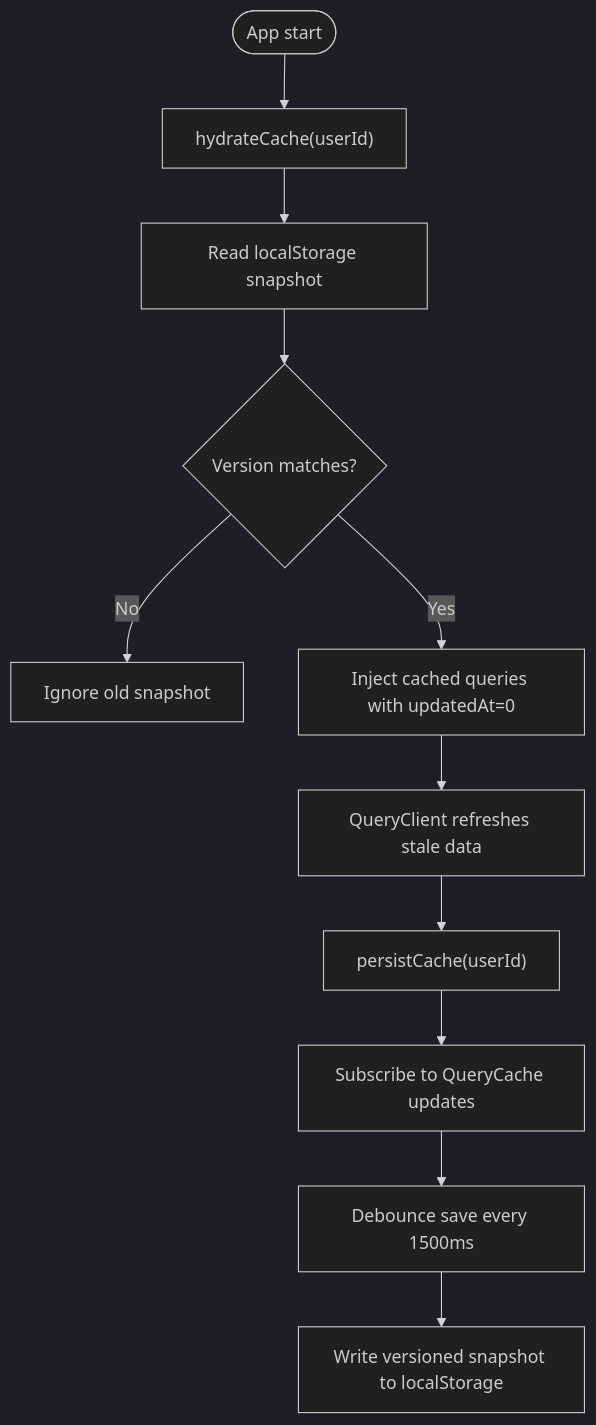
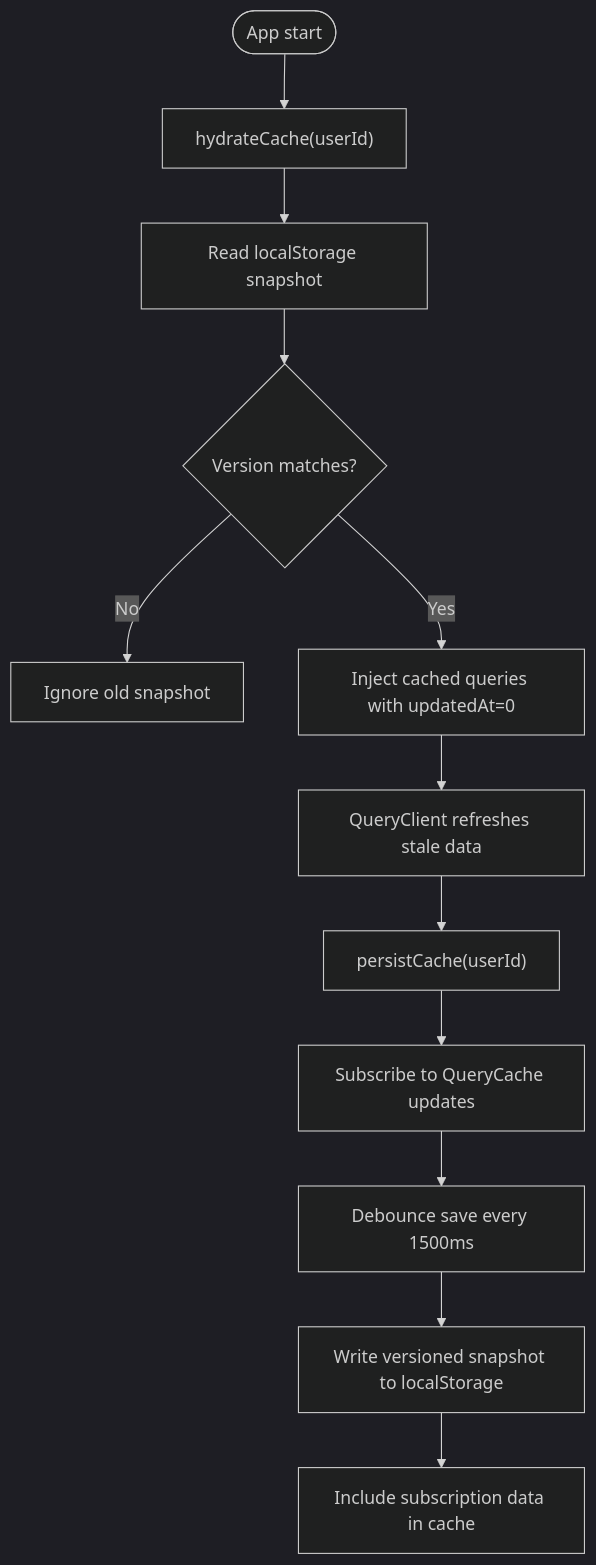
Before and after one commit to themclloyd/storq: the third of 10 diagrams in .qoder/repowiki/en/content/Offline Capabilities/Offline Capabilities.md, drawn with Mermaid (dark theme). The commit also changed other lines of this file and 31 other files, not shown here.

````diff
--- a/.qoder/repowiki/en/content/Offline Capabilities/Offline Capabilities.md
+++ b/.qoder/repowiki/en/content/Offline Capabilities/Offline Capabilities.md
@@ -135,13 +148,14 @@
 ```mermaid
 flowchart TD
 Start(["App start"]) --> Hydrate["hydrateCache(userId)"]
 Hydrate --> LoadSnap["Read localStorage snapshot"]
 LoadSnap --> Valid{"Version matches?"}
 Valid --> |No| Ignore["Ignore old snapshot"]
 Valid --> |Yes| Inject["Inject cached queries with updatedAt=0"]
 Inject --> Refresh["QueryClient refreshes stale data"]
 Refresh --> Persist["persistCache(userId)"]
 Persist --> Watch["Subscribe to QueryCache updates"]
 Watch --> Debounce["Debounce save every 1500ms"]
 Debounce --> Save["Write versioned snapshot to localStorage"]
+Save --> IncludeSub["Include subscription data in cache"]
 ```
````
